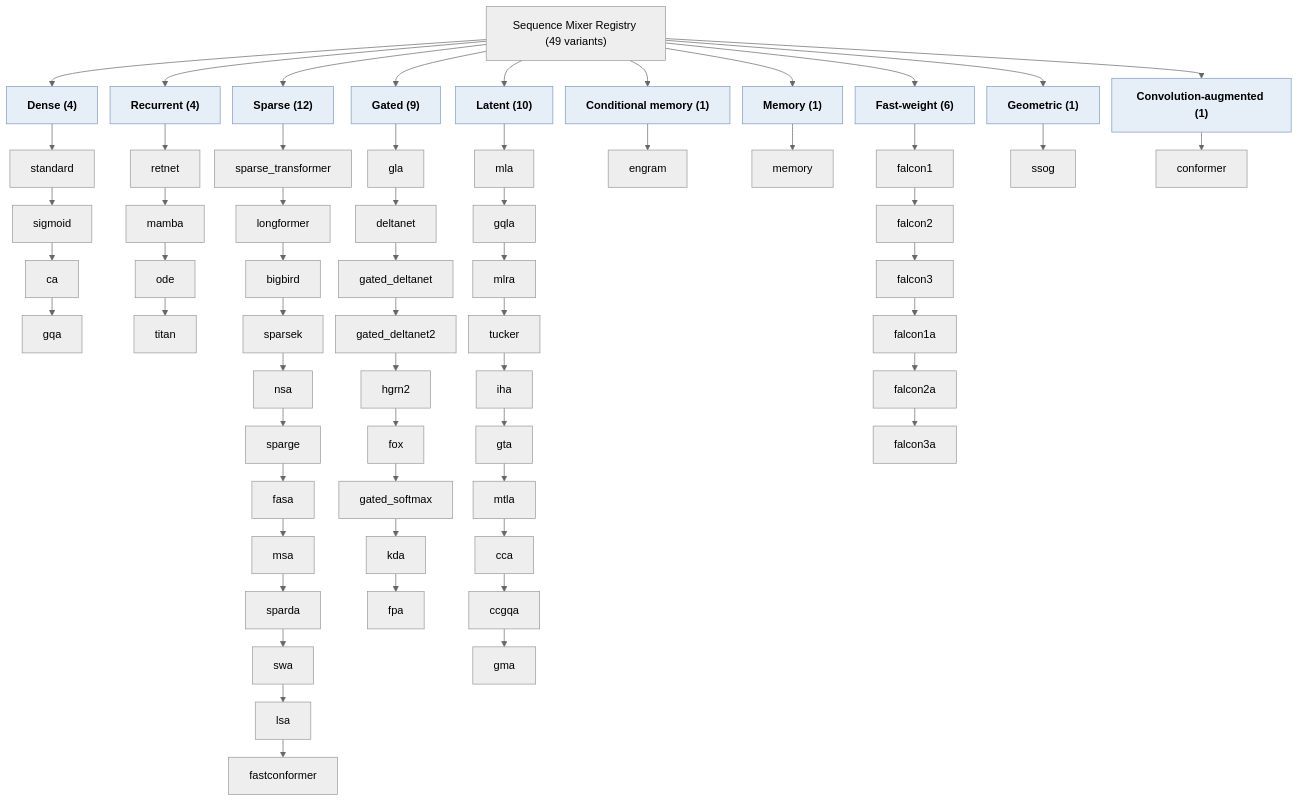
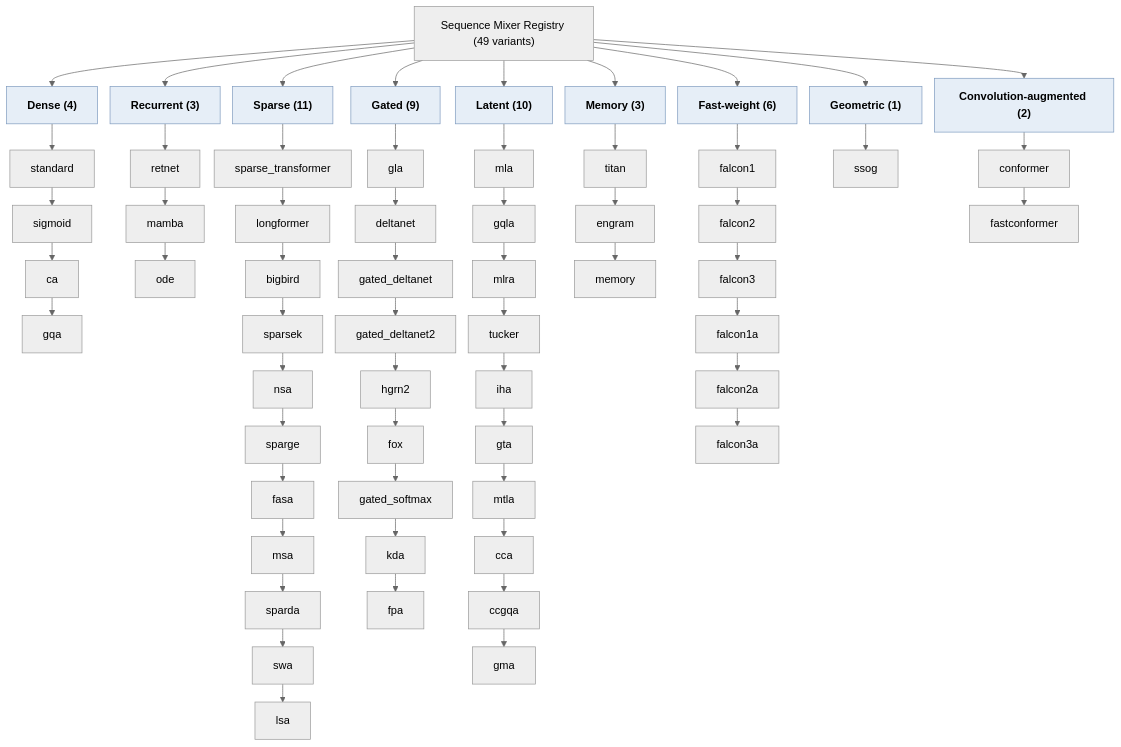
Before and after one commit to erickfmm/frankenstein-transformer: the diagram in docs/paper/figures/mixer-taxonomy.mmd, drawn with Mermaid. The commit also changed 172 other files, not shown here.

```diff
--- a/docs/paper/figures/mixer-taxonomy.mmd
+++ b/docs/paper/figures/mixer-taxonomy.mmd
@@ -1,37 +1,34 @@
 %%{init: {"theme":"neutral","flowchart":{"curve":"basis","nodeSpacing":18,"rankSpacing":26}}}%%
 flowchart TD
   root["Sequence Mixer Registry (49 variants)"]
 
   d["Dense (4)"] --> d1["standard"] --> d2["sigmoid"] --> d2b["ca"] --> d3["gqa"]
 
-  r["Recurrent (4)"] --> r1["retnet"] --> r2["mamba"] --> r3["ode"] --> r4["titan"]
+  r["Recurrent (3)"] --> r1["retnet"] --> r2["mamba"] --> r3["ode"]
 
-  s["Sparse (12)"] --> s1["sparse_transformer"] --> s2["longformer"] --> s3["bigbird"] --> s4["sparsek"] --> s5["nsa"] --> s6["sparge"] --> s7["fasa"] --> s8["msa"] --> s9["sparda"] --> s10["swa"] --> s11["lsa"] --> s12["fastconformer"]
+  s["Sparse (11)"] --> s1["sparse_transformer"] --> s2["longformer"] --> s3["bigbird"] --> s4["sparsek"] --> s5["nsa"] --> s6["sparge"] --> s7["fasa"] --> s8["msa"] --> s9["sparda"] --> s10["swa"] --> s11["lsa"]
 
   g["Gated (9)"] --> g1["gla"] --> g2["deltanet"] --> g3["gated_deltanet"] --> g4["gated_deltanet2"] --> g5["hgrn2"] --> g6["fox"] --> g7["gated_softmax"] --> g8["kda"] --> g9["fpa"]
 
   l["Latent (10)"] --> l1["mla"] --> l2["gqla"] --> l3["mlra"] --> l4["tucker"] --> l5["iha"] --> l6["gta"] --> l7["mtla"] --> l8["cca"] --> l9["ccgqa"] --> l10["gma"]
 
-  m["Conditional memory (1)"] --> m1["engram"]
-
-  mm["Memory (1)"] --> mm1["memory"]
+  m["Memory (3)"] --> m1["titan"] --> m2["engram"] --> m3["memory"]
 
   f["Fast-weight (6)"] --> f1["falcon1"] --> f2["falcon2"] --> f3["falcon3"] --> f4["falcon1a"] --> f5["falcon2a"] --> f6["falcon3a"]
 
   x["Geometric (1)"] --> x1["ssog"]
 
-  c["Convolution-augmented (1)"] --> c1["conformer"]
+  c["Convolution-augmented (2)"] --> c1["conformer"] --> c2["fastconformer"]
 
   root --> d
   root --> r
   root --> s
   root --> g
   root --> l
   root --> m
-  root --> mm
   root --> f
   root --> x
   root --> c
 
   classDef category fill:#e6eef7,stroke:#7f9bbf,font-weight:bold
-  class d,r,s,g,l,m,mm,f,x,c category
+  class d,r,s,g,l,m,f,x,c category
```
